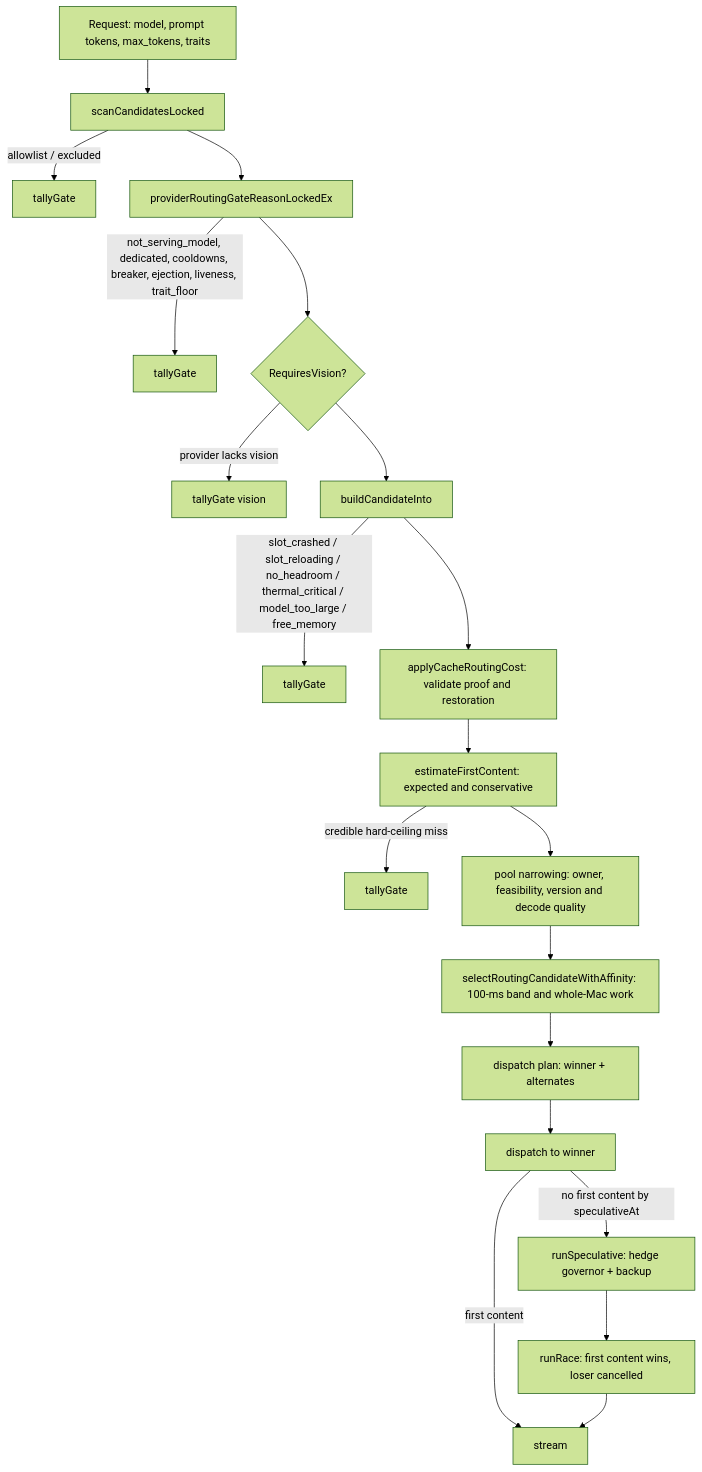
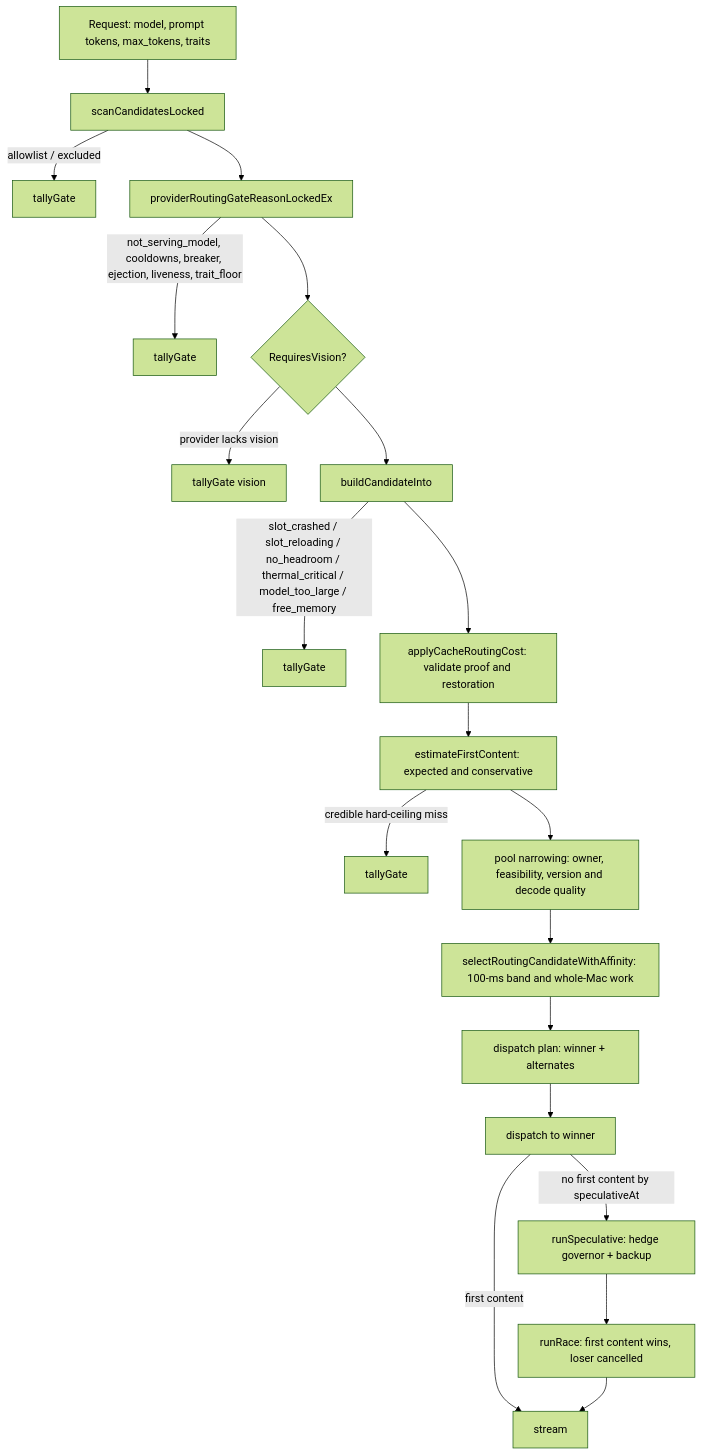
One commit to Layr-Labs/d-inference changed the diagram in docs/architecture/routing.md. Above: the diagram before and after it, drawn with Mermaid (forest theme). The commit also changed other lines of this file and 73 other files, not shown here.

Commit message:
Retire dedicated-model routing and unused coordinator defaults

````diff
--- a/docs/architecture/routing.md
+++ b/docs/architecture/routing.md
@@ -181,22 +181,22 @@
 ```mermaid
 flowchart TD
     R[Request: model, prompt tokens, max_tokens, traits] --> S[scanCandidatesLocked]
     S -->|allowlist / excluded| X1[tallyGate]
     S --> G[providerRoutingGateReasonLockedEx]
-    G -->|not_serving_model, dedicated, cooldowns, breaker, ejection, liveness, trait_floor| X2[tallyGate]
+    G -->|not_serving_model, cooldowns, breaker, ejection, liveness, trait_floor| X2[tallyGate]
     G --> V{RequiresVision?}
     V -->|provider lacks vision| X3[tallyGate vision]
     V --> B[buildCandidateInto]
     B -->|slot_crashed / slot_reloading / no_headroom / thermal_critical / model_too_large / free_memory| X4[tallyGate]
     B --> D[applyCacheRoutingCost: validate proof and restoration]
     D --> C[estimateFirstContent: expected and conservative]
     C -->|credible hard-ceiling miss| X5[tallyGate]
     C --> P[pool narrowing: owner, feasibility, version and decode quality]
     P --> SEL[selectRoutingCandidateWithAffinity: 100-ms band and whole-Mac work]
     SEL --> PLAN[dispatch plan: winner + alternates]
     PLAN --> DISP[dispatch to winner]
     DISP -->|no first content by speculativeAt| H[runSpeculative: hedge governor + backup]
     H --> RACE[runRace: first content wins, loser cancelled]
     DISP -->|first content| OK[stream]
     RACE --> OK
 ```
````
